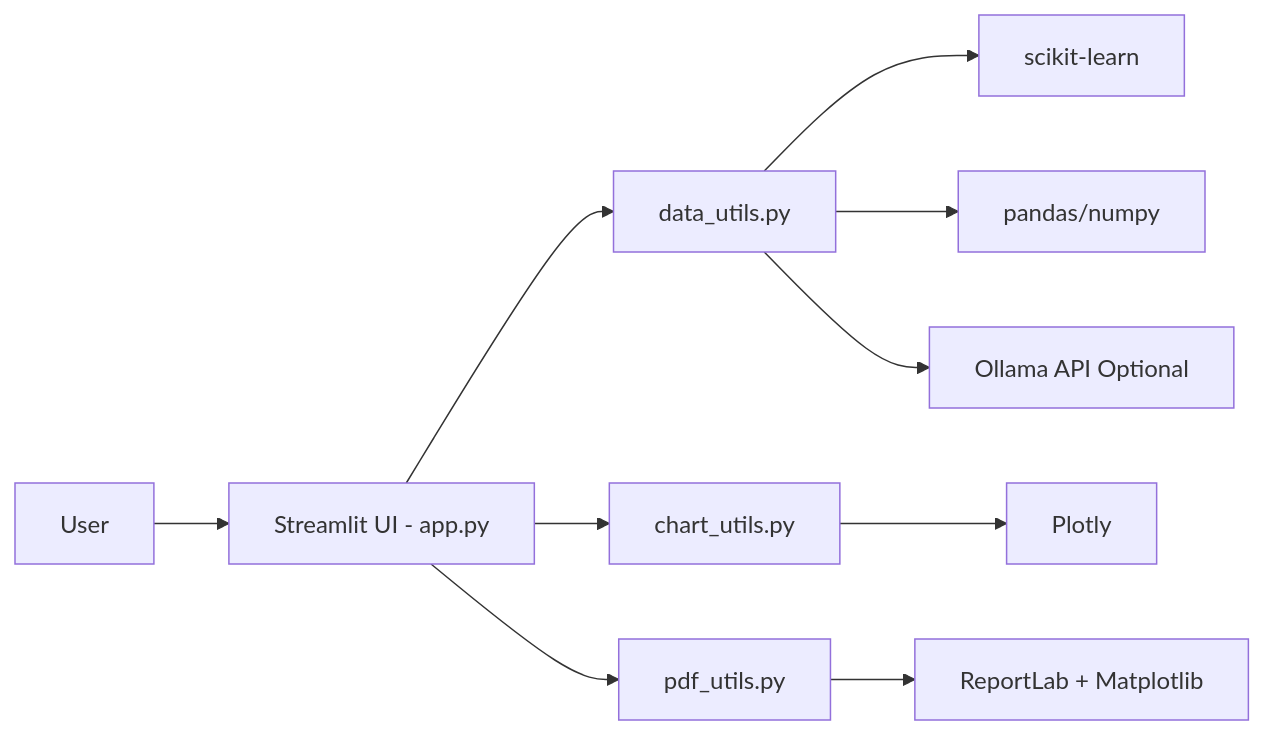
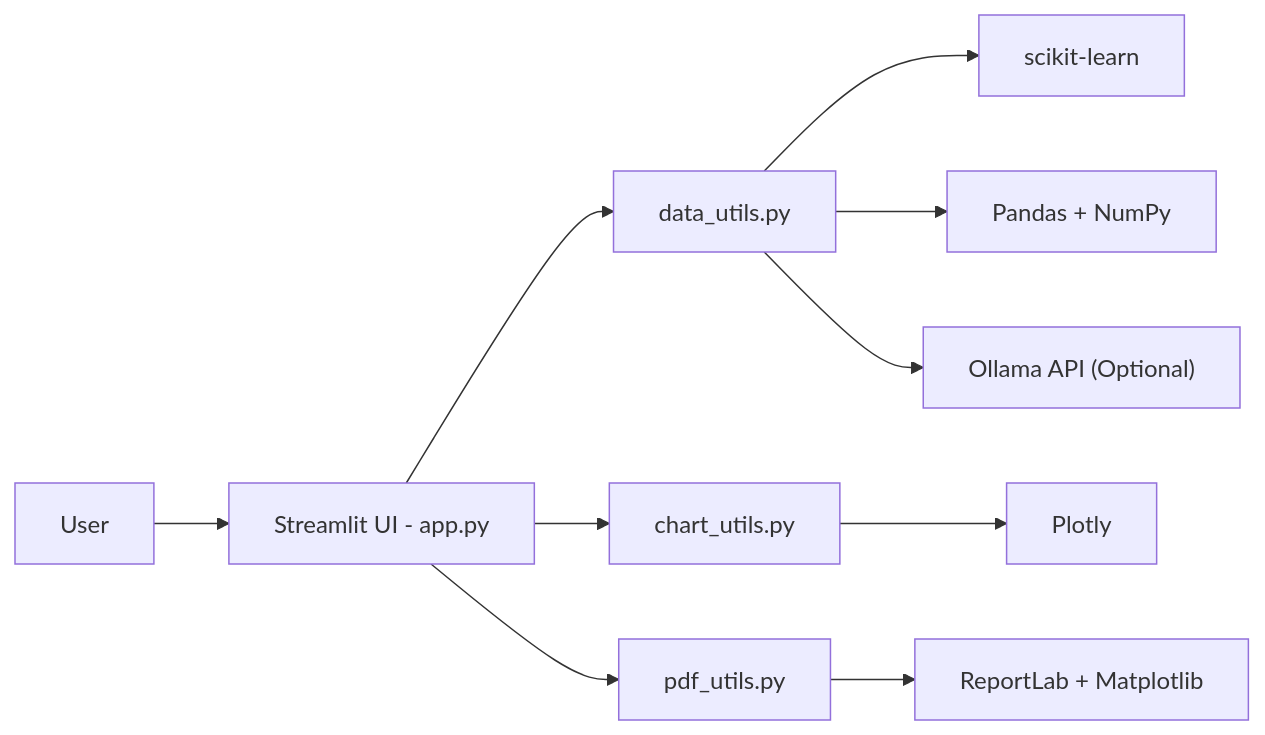
The first of 7 diagrams in README.md (Kravi21062/DataRefine-AI-Data-Cleaner), drawn with Mermaid before and after one commit. The commit also changed other lines of this file, not shown here.

````diff
--- a/README.md
+++ b/README.md
@@ -19,12 +28,17 @@
 ```mermaid
 flowchart LR
-    U[User] --> UI[Streamlit UI - app.py]
-    UI --> DU[data_utils.py]
-    UI --> CU[chart_utils.py]
-    UI --> PU[pdf_utils.py]
-    DU --> SK[scikit-learn]
-    DU --> PD[pandas/numpy]
-    CU --> PL[Plotly]
-    PU --> RL[ReportLab + Matplotlib]
-    DU --> OL[Ollama API Optional]
+    U["User"] --> UI["Streamlit UI - app.py"]
+
+    UI --> DU["data_utils.py"]
+    UI --> CU["chart_utils.py"]
+    UI --> PU["pdf_utils.py"]
+
+    DU --> SK["scikit-learn"]
+    DU --> PD["Pandas + NumPy"]
+
+    CU --> PL["Plotly"]
+
+    PU --> RL["ReportLab + Matplotlib"]
+
+    DU --> OL["Ollama API (Optional)"]
 ```
````
